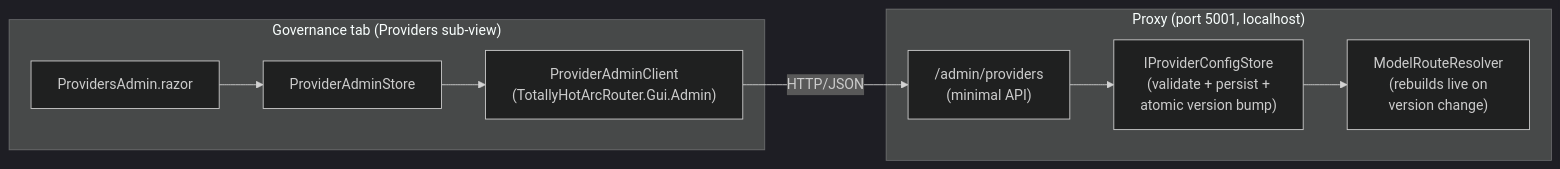
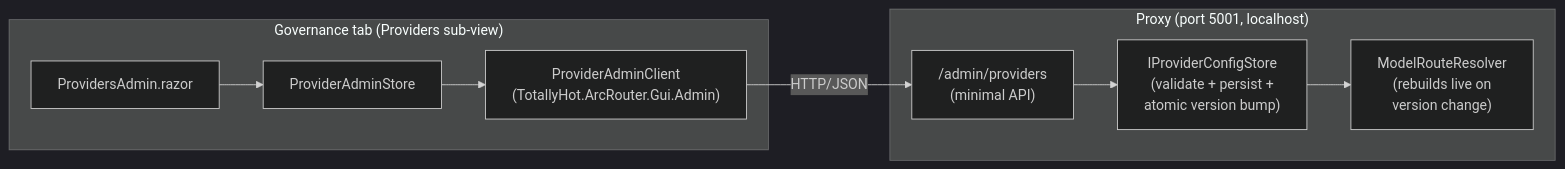
The diagram in docs/gui/provider-management.md (davidpizon/TotallyHot-ArcRouter), drawn with Mermaid (dark theme) before and after one commit. The commit also changed other lines of this file and 30 other files, not shown here.

````diff
--- a/docs/gui/provider-management.md
+++ b/docs/gui/provider-management.md
@@ -18,16 +18,16 @@
 ```mermaid
 flowchart LR
     subgraph gui["Governance tab (Providers sub-view)"]
         razor["ProvidersAdmin.razor"]
         store["ProviderAdminStore"]
-        client["ProviderAdminClient<br/>(TotallyHotArcRouter.Gui.Admin)"]
+        client["ProviderAdminClient<br/>(TotallyHot.ArcRouter.Gui.Admin)"]
         razor --> store --> client
     end
     subgraph proxy["Proxy (port 5001, localhost)"]
         api["/admin/providers<br/>(minimal API)"]
         cfg["IProviderConfigStore<br/>(validate + persist +<br/>atomic version bump)"]
         resolver["ModelRouteResolver<br/>(rebuilds live on<br/>version change)"]
         api --> cfg --> resolver
     end
     client -- "HTTP/JSON" --> api
 ```
````
